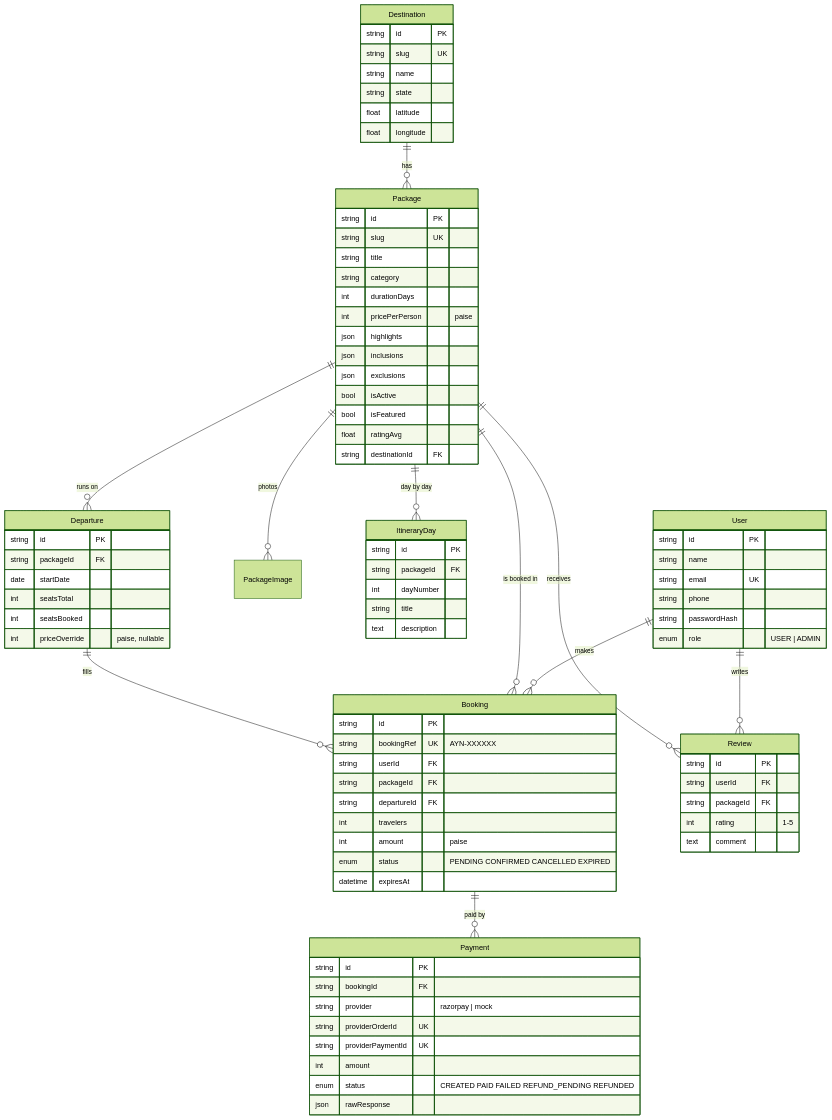
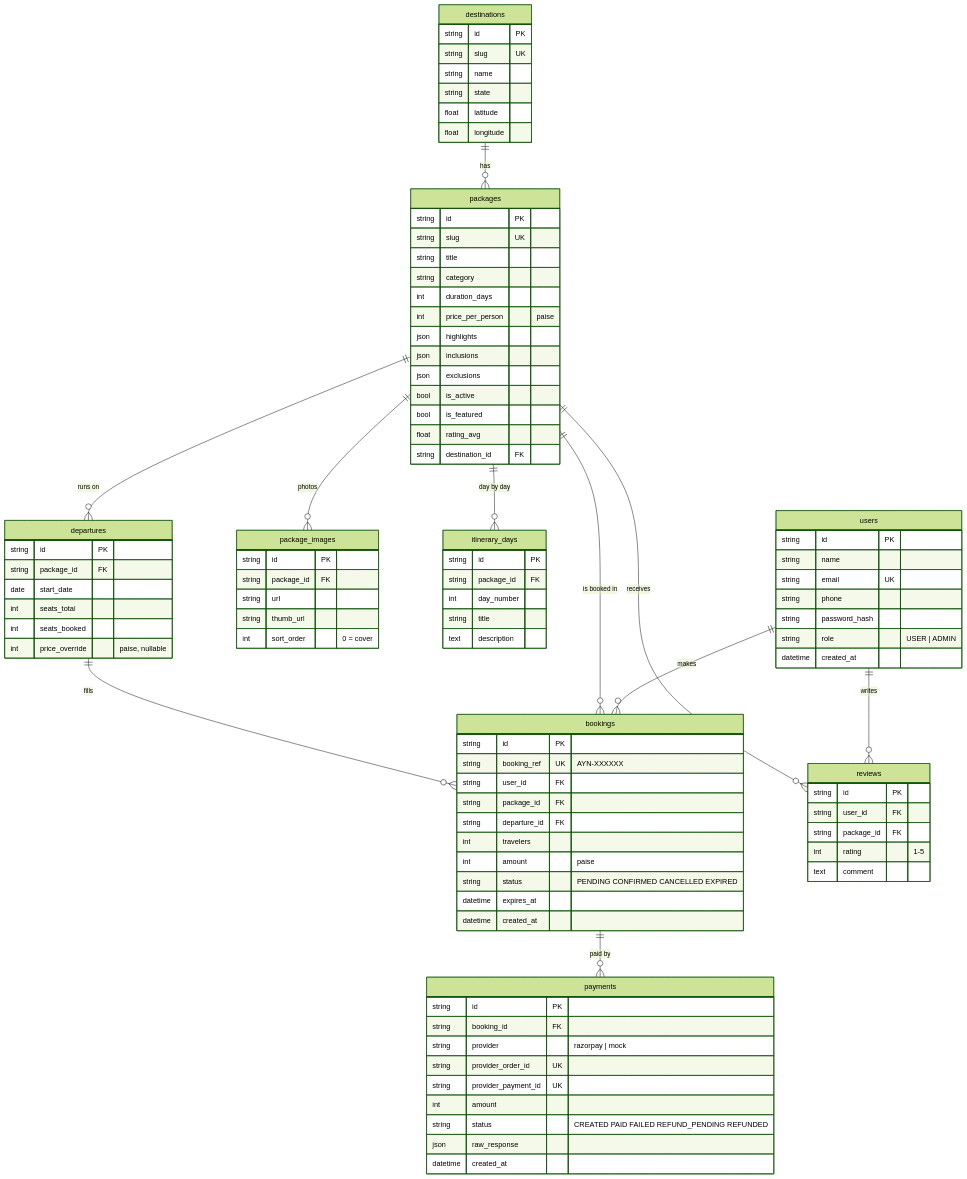
The diagram in docs/03-database.md (saurav1231/saurav1231), drawn with Mermaid (forest theme) before and after one commit. The commit also changed other lines of this file and 17 other files, not shown here.

````diff
--- a/docs/03-database.md
+++ b/docs/03-database.md
@@ -11,25 +13,26 @@
 ```mermaid
 erDiagram
-  User ||--o{ Booking : makes
-  User ||--o{ Review : writes
-  Destination ||--o{ Package : has
-  Package ||--o{ PackageImage : "photos"
-  Package ||--o{ ItineraryDay : "day by day"
-  Package ||--o{ Departure : "runs on"
-  Package ||--o{ Booking : "is booked in"
-  Package ||--o{ Review : receives
-  Departure ||--o{ Booking : fills
-  Booking ||--o{ Payment : "paid by"
+  users ||--o{ bookings : makes
+  users ||--o{ reviews : writes
+  destinations ||--o{ packages : has
+  packages ||--o{ package_images : photos
+  packages ||--o{ itinerary_days : "day by day"
+  packages ||--o{ departures : "runs on"
+  packages ||--o{ bookings : "is booked in"
+  packages ||--o{ reviews : receives
+  departures ||--o{ bookings : fills
+  bookings ||--o{ payments : "paid by"
 
-  User {
+  users {
     string id PK
     string name
     string email UK
     string phone
-    string passwordHash
-    enum role "USER | ADMIN"
+    string password_hash
+    string role "USER | ADMIN"
+    datetime created_at
   }
-  Destination {
+  destinations {
     string id PK
     string slug UK
     string name
@@ -37,61 +40,70 @@
     float latitude
     float longitude
   }
-  Package {
+  packages {
     string id PK
     string slug UK
     string title
     string category
-    int durationDays
-    int pricePerPerson "paise"
+    int duration_days
+    int price_per_person "paise"
     json highlights
     json inclusions
     json exclusions
-    bool isActive
-    bool isFeatured
-    float ratingAvg
-    string destinationId FK
+    bool is_active
+    bool is_featured
+    float rating_avg
+    string destination_id FK
   }
-  ItineraryDay {
+  package_images {
     string id PK
-    string packageId FK
-    int dayNumber
+    string package_id FK
+    string url
+    string thumb_url
+    int sort_order "0 = cover"
+  }
+  itinerary_days {
+    string id PK
+    string package_id FK
+    int day_number
     string title
     text description
   }
-  Departure {
+  departures {
     string id PK
-    string packageId FK
-    date startDate
-    int seatsTotal
-    int seatsBooked
-    int priceOverride "paise, nullable"
+    string package_id FK
+    date start_date
+    int seats_total
+    int seats_booked
+    int price_override "paise, nullable"
   }
-  Booking {
+  bookings {
     string id PK
-    string bookingRef UK "AYN-XXXXXX"
-    string userId FK
-    string packageId FK
-    string departureId FK
+    string booking_ref UK "AYN-XXXXXX"
+    string user_id FK
+    string package_id FK
+    string departure_id FK
     int travelers
     int amount "paise"
-    enum status "PENDING CONFIRMED CANCELLED EXPIRED"
-    datetime expiresAt
+    string status "PENDING CONFIRMED CANCELLED EXPIRED"
+    datetime expires_at
+    datetime created_at
   }
-  Payment {
+  payments {
     string id PK
-    string bookingId FK
+    string booking_id FK
     string provider "razorpay | mock"
-    string providerOrderId UK
-    string providerPaymentId UK
+    string provider_order_id UK
+    string provider_payment_id UK
     int amount
-    enum status "CREATED PAID FAILED REFUND_PENDING REFUNDED"
-    json rawResponse
+    string status "CREATED PAID FAILED REFUND_PENDING REFUNDED"
+    json raw_response
+    datetime created_at
   }
-  Review {
+  reviews {
     string id PK
-    string userId FK
-    string packageId FK
+    string user_id FK
+    string package_id FK
     int rating "1-5"
     text comment
   }
````
